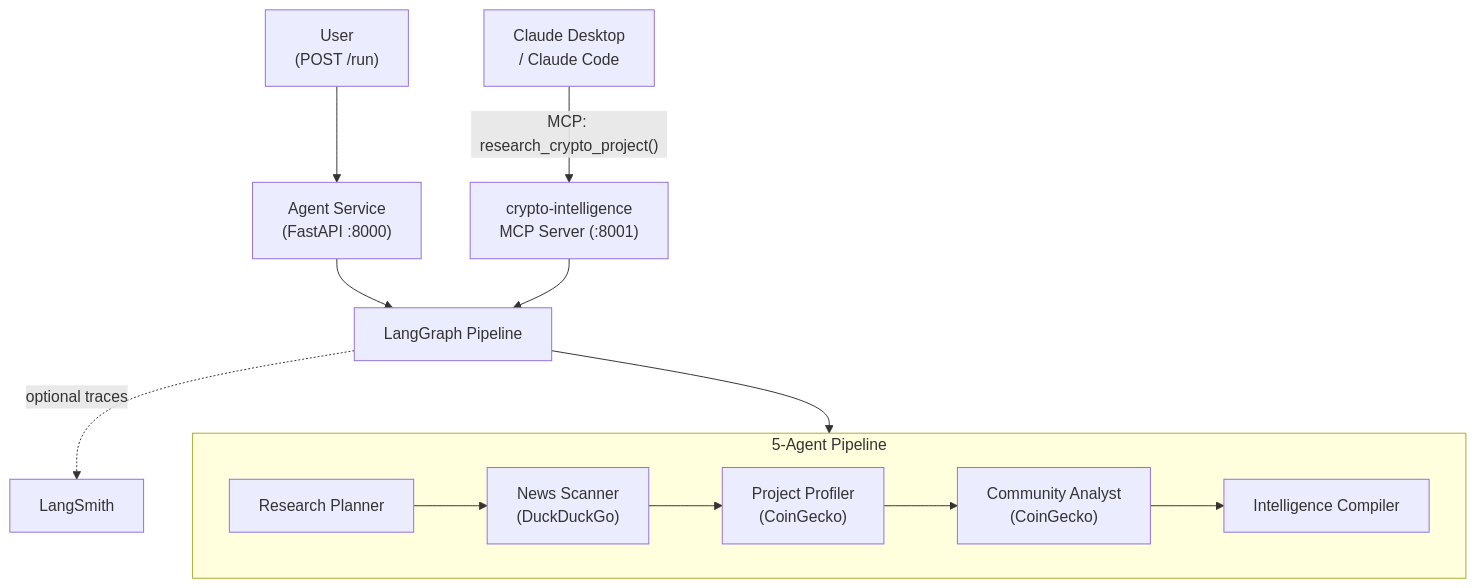
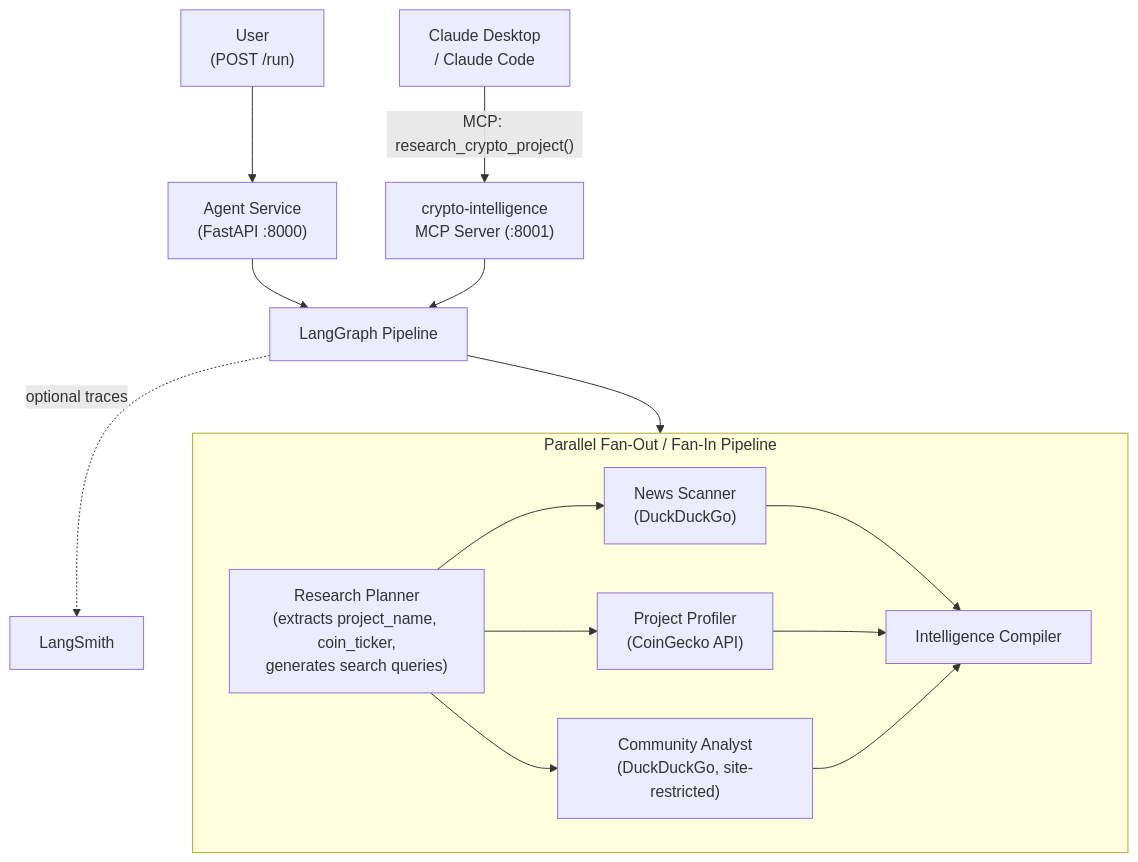
The diagram in examples/02-mcp-tool-integration/README.md (ksopyla/agent-patterns-lab), drawn with Mermaid before and after one commit. The commit also changed other lines of this file and 7 other files, not shown here.

First line of the commit message:
docs: update CHANGELOG and README for P02 architecture redesign

````diff
--- a/examples/02-mcp-tool-integration/README.md
+++ b/examples/02-mcp-tool-integration/README.md
@@ -84,20 +76,22 @@
 ```mermaid
 graph TD
     ClaudeDesktop["Claude Desktop\n/ Claude Code"] -->|"MCP: research_crypto_project()"| MCP["crypto-intelligence\nMCP Server (:8001)"]
     User["User\n(POST /run)"] --> FastAPI["Agent Service\n(FastAPI :8000)"]
     FastAPI --> Pipeline["LangGraph Pipeline"]
     MCP --> Pipeline
-    subgraph agents ["5-Agent Pipeline"]
-        Planner["Research Planner"]
+    subgraph agents ["Parallel Fan-Out / Fan-In Pipeline"]
+        Planner["Research Planner\n(extracts project_name, coin_ticker,\ngenerates search queries)"]
         Scanner["News Scanner\n(DuckDuckGo)"]
-        Profiler["Project Profiler\n(CoinGecko)"]
-        Analyst["Community Analyst\n(CoinGecko)"]
+        Profiler["Project Profiler\n(CoinGecko API)"]
+        Analyst["Community Analyst\n(DuckDuckGo, site-restricted)"]
         Compiler["Intelligence Compiler"]
         Planner --> Scanner
-        Scanner --> Profiler
-        Profiler --> Analyst
+        Planner --> Profiler
+        Planner --> Analyst
+        Scanner --> Compiler
+        Profiler --> Compiler
         Analyst --> Compiler
     end
     Pipeline --> agents
     Pipeline -.->|"optional traces"| LangSmith["LangSmith"]
 ```
````
